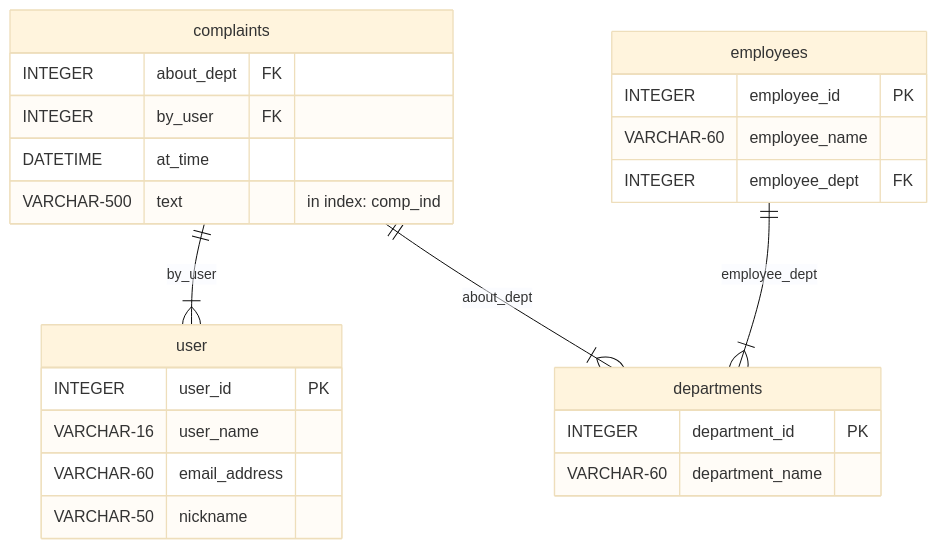
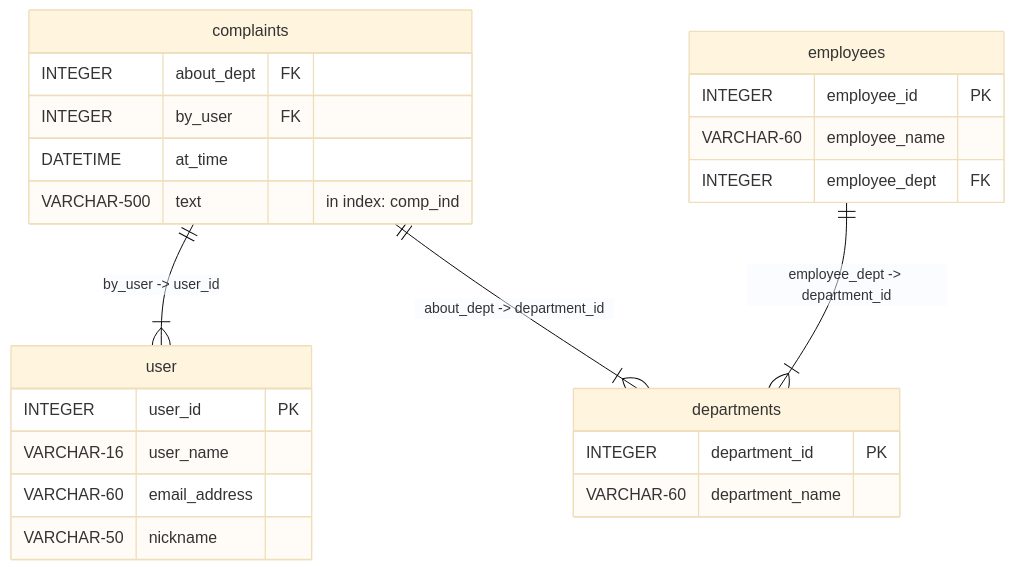
Before and after one commit to endremborza/sqlmermaid: the diagram in README.md, drawn with Mermaid (base theme). The commit also changed other lines of this file and 19 other files, not shown here.

````diff
--- a/README.md
+++ b/README.md
@@ -7,27 +7,27 @@
-```{mermaid}
-   erDiagram
-     complaints {    
-       INTEGER about_dept FK     
-       INTEGER by_user FK     
-       DATETIME at_time      
-       VARCHAR-500 text  "in index: comp_ind"
-     }
-     departments {    
-       INTEGER department_id PK     
-       VARCHAR-60 department_name  
-     }
-     user {    
-       INTEGER user_id PK     
-       VARCHAR-16 user_name      
-       VARCHAR-60 email_address      
-       VARCHAR-50 nickname  
-     }
-     employees {    
-       INTEGER employee_id PK     
-       VARCHAR-60 employee_name      
-       INTEGER employee_dept FK 
-     }
-     complaints ||--|{ user : "by_user"
-     complaints ||--|{ departments : "about_dept"
-     employees ||--|{ departments : "employee_dept"
+```mermaid
+erDiagram
+  "complaints" {
+     INTEGER about_dept FK
+     INTEGER by_user FK
+     DATETIME at_time
+     VARCHAR-500 text "in index: comp_ind"
+  }
+  "departments" {
+     INTEGER department_id PK
+     VARCHAR-60 department_name
+  }
+  "user" {
+     INTEGER user_id PK
+     VARCHAR-16 user_name
+     VARCHAR-60 email_address
+     VARCHAR-50 nickname
+  }
+  "employees" {
+     INTEGER employee_id PK
+     VARCHAR-60 employee_name
+     INTEGER employee_dept FK
+  }
+  "complaints" ||--|{ "user" : "by_user -> user_id"
+  "complaints" ||--|{ "departments" : "about_dept -> department_id"
+  "employees" ||--|{ "departments" : "employee_dept -> department_id"
 ```
````
